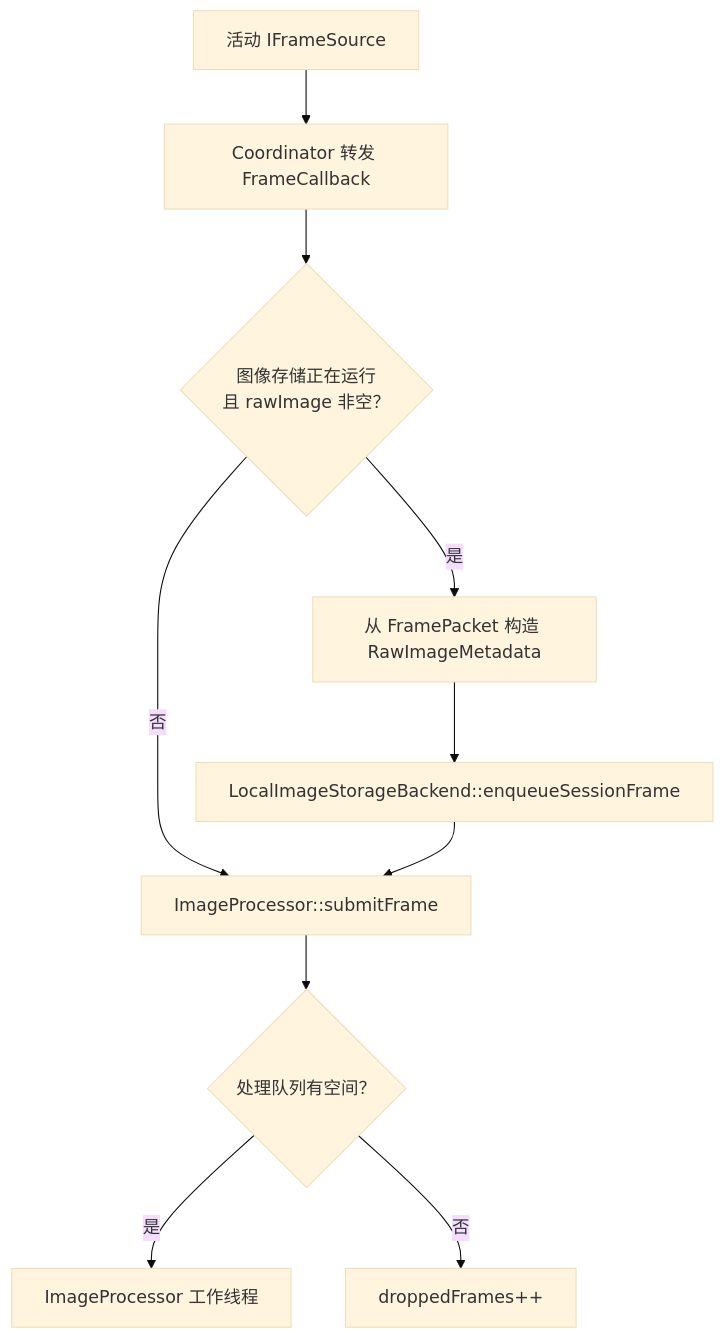
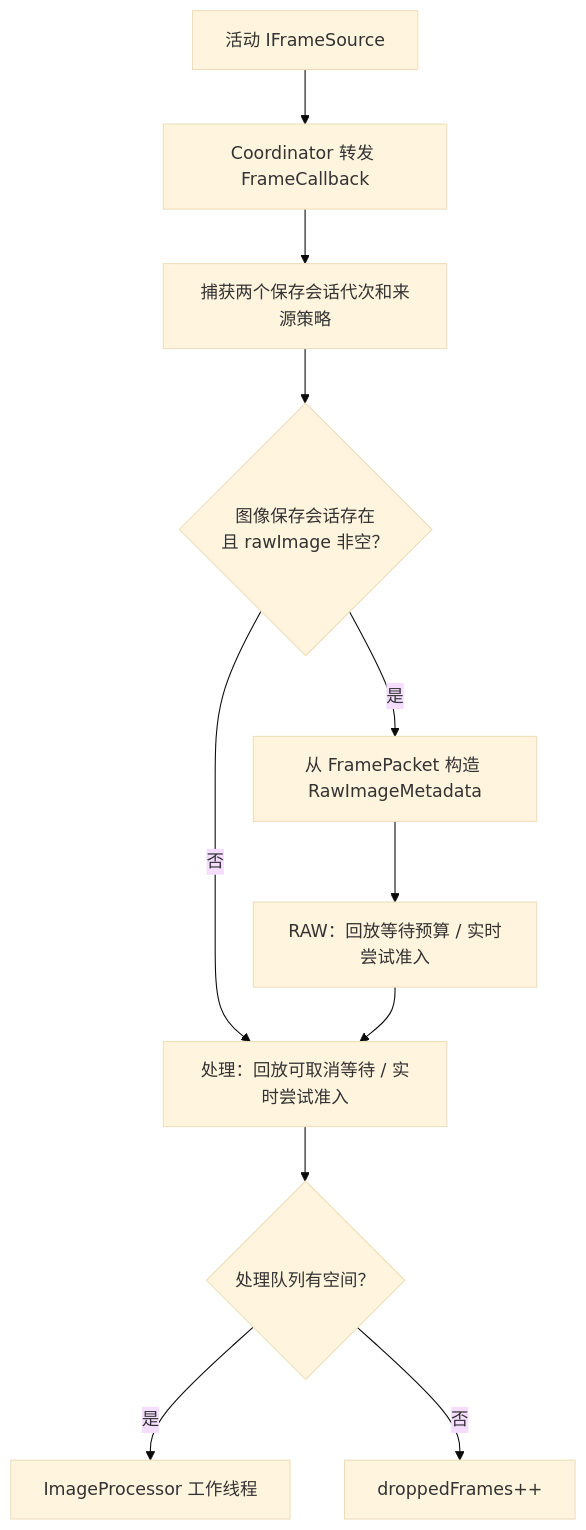
The fourth of 6 diagrams in docs/module-app.md (with-fair-wind/1mZGG), drawn with Mermaid (base theme) before and after one commit. The commit also changed other lines of this file and 27 other files, not shown here.

````diff
--- a/docs/module-app.md
+++ b/docs/module-app.md
@@ -218,12 +218,13 @@
 ```mermaid
 flowchart TD
     SOURCE["活动 IFrameSource"] --> CB["Coordinator 转发 FrameCallback"]
-    CB --> CHECK{"图像存储正在运行<br/>且 rawImage 非空？"}
+    CB --> SNAP["捕获两个保存会话代次和来源策略"]
+    SNAP --> CHECK{"图像保存会话存在<br/>且 rawImage 非空？"}
     CHECK -->|"是"| META["从 FramePacket 构造 RawImageMetadata"]
-    META --> ENQ["LocalImageStorageBackend::enqueueSessionFrame"]
-    CHECK -->|"否"| SUBMIT["ImageProcessor::submitFrame"]
+    META --> ENQ["RAW：回放等待预算 / 实时尝试准入"]
+    CHECK -->|"否"| SUBMIT["处理：回放可取消等待 / 实时尝试准入"]
     ENQ --> SUBMIT
     SUBMIT --> QUEUE{"处理队列有空间？"}
     QUEUE -->|"是"| WORKER["ImageProcessor 工作线程"]
     QUEUE -->|"否"| DROP["droppedFrames++"]
 ```
````
